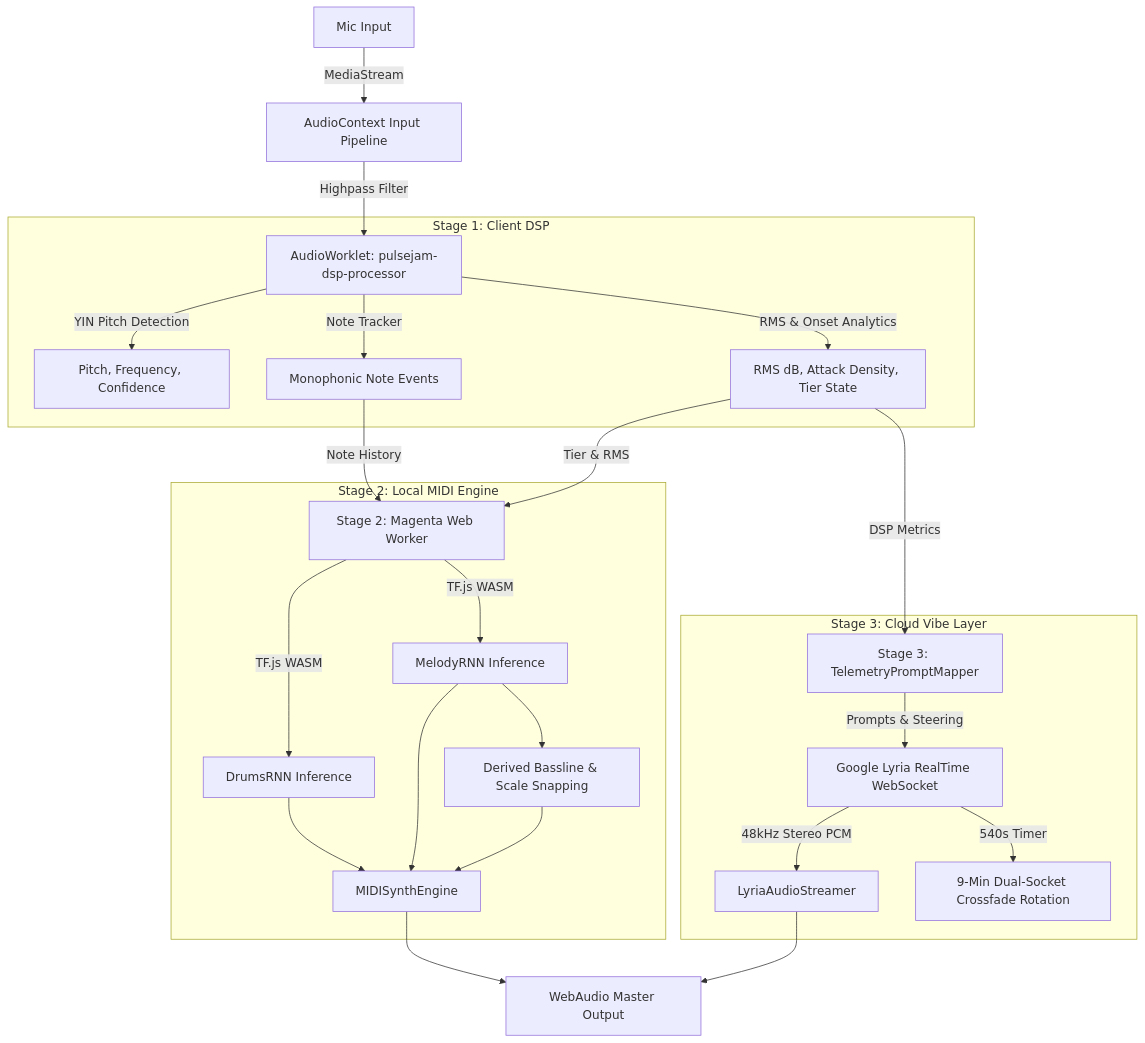
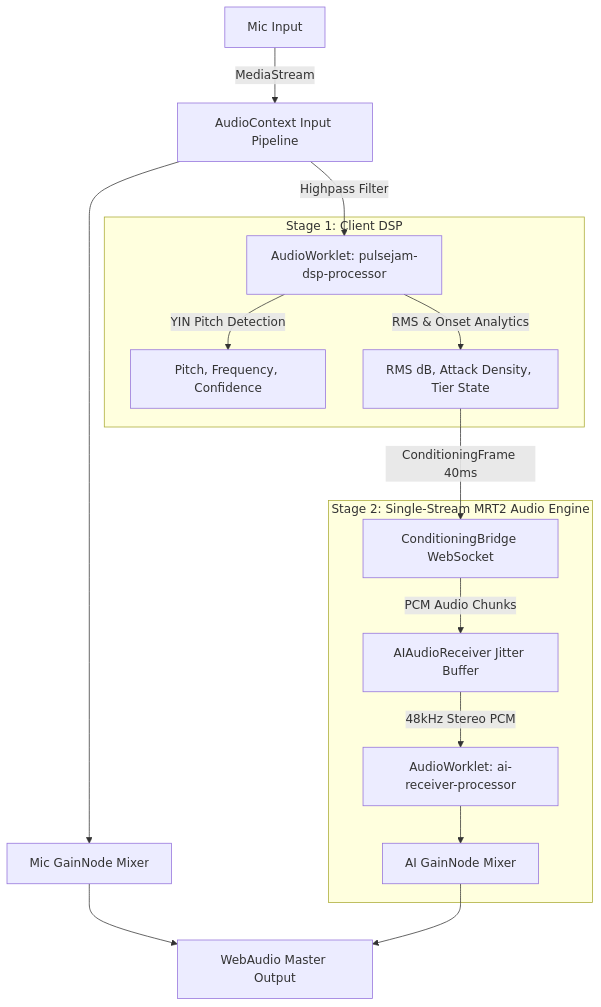
Before and after one commit to aaronnguyen26/pulsejam: the diagram in README.md, drawn with Mermaid. The commit also changed other lines of this file and 40 other files, not shown here.

````diff
--- a/README.md
+++ b/README.md
@@ -59,34 +51,22 @@
 ```mermaid
 flowchart TD
     Mic[Mic Input] -->|MediaStream| WebAudio[AudioContext Input Pipeline]
     WebAudio -->|Highpass Filter| DSPWorklet[AudioWorklet: pulsejam-dsp-processor]
     
-    subgraph Stage 1: Client DSP
+    subgraph Stage1["Stage 1: Client DSP"]
         DSPWorklet -->|YIN Pitch Detection| Pitch[Pitch, Frequency, Confidence]
         DSPWorklet -->|RMS & Onset Analytics| Telemetry[RMS dB, Attack Density, Tier State]
-        DSPWorklet -->|Note Tracker| NoteEvents[Monophonic Note Events]
     end
 
-    NoteEvents -->|Note History| Stage2Worker[Stage 2: Magenta Web Worker]
-    Telemetry -->|Tier & RMS| Stage2Worker
+    Telemetry -->|ConditioningFrame 40ms| ConditioningBridge[ConditioningBridge WebSocket]
     
-    subgraph Stage 2: Local MIDI Engine
-        Stage2Worker -->|TF.js WASM| DrumsRNN[DrumsRNN Inference]
-        Stage2Worker -->|TF.js WASM| MelodyRNN[MelodyRNN Inference]
-        MelodyRNN --> BassDerivation[Derived Bassline & Scale Snapping]
-        DrumsRNN --> MIDISynth[MIDISynthEngine]
-        MelodyRNN --> MIDISynth
-        BassDerivation --> MIDISynth
+    subgraph Stage2["Stage 2: Single-Stream MRT2 Audio Engine"]
+        ConditioningBridge -->|PCM Audio Chunks| AIAudioReceiver[AIAudioReceiver Jitter Buffer]
+        AIAudioReceiver -->|48kHz Stereo PCM| AIWorklet[AudioWorklet: ai-receiver-processor]
+        AIWorklet --> AIMixer[AI GainNode Mixer]
     end
 
-    Telemetry -->|DSP Metrics| TelemetryMapper[Stage 3: TelemetryPromptMapper]
-
-    subgraph Stage 3: Cloud Vibe Layer
-        TelemetryMapper -->|Prompts & Steering| WebSocket[Google Lyria RealTime WebSocket]
-        WebSocket -->|48kHz Stereo PCM| PCMStreamer[LyriaAudioStreamer]
-        WebSocket -->|540s Timer| Rotation[9-Min Dual-Socket Crossfade Rotation]
-    end
-
-    MIDISynth --> Master[WebAudio Master Output]
-    PCMStreamer --> Master
+    WebAudio --> MicMixer[Mic GainNode Mixer]
+    MicMixer --> Master[WebAudio Master Output]
+    AIMixer --> Master
 ```
````
